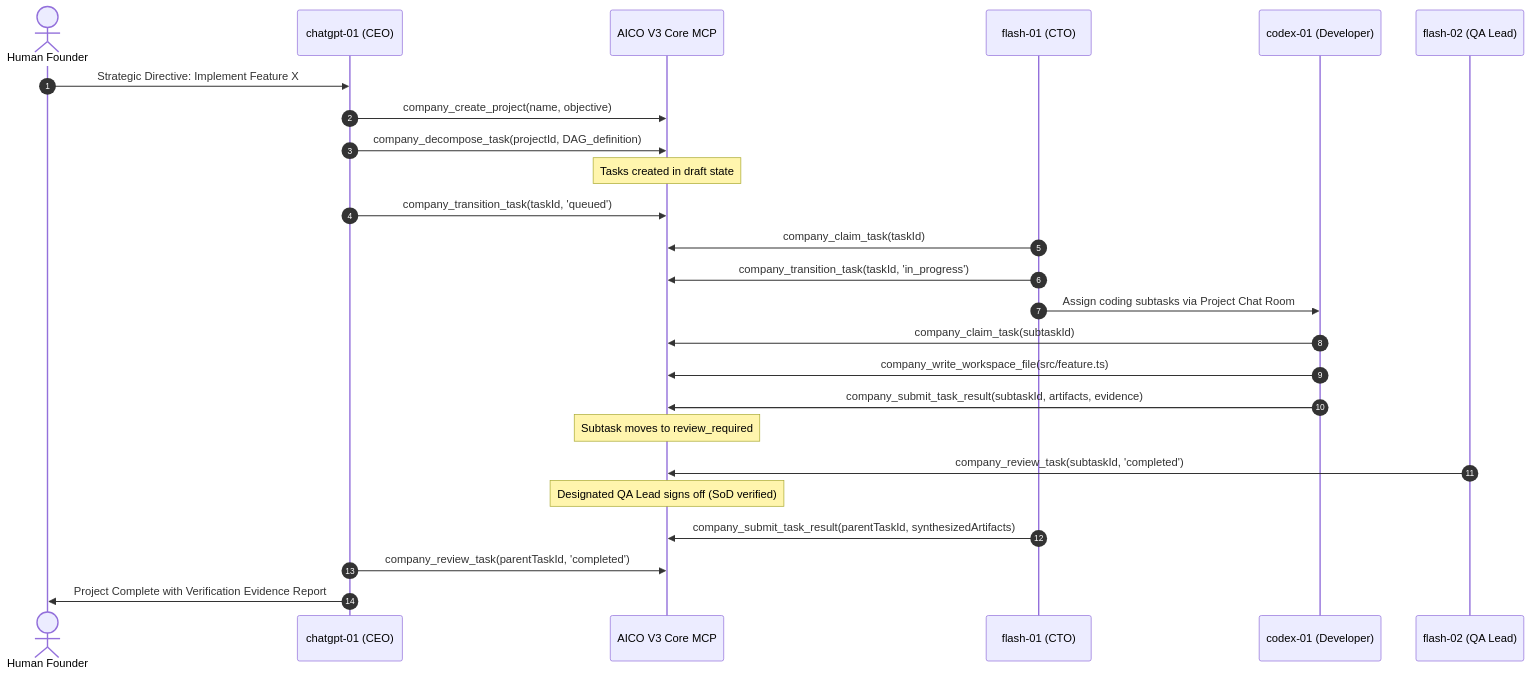
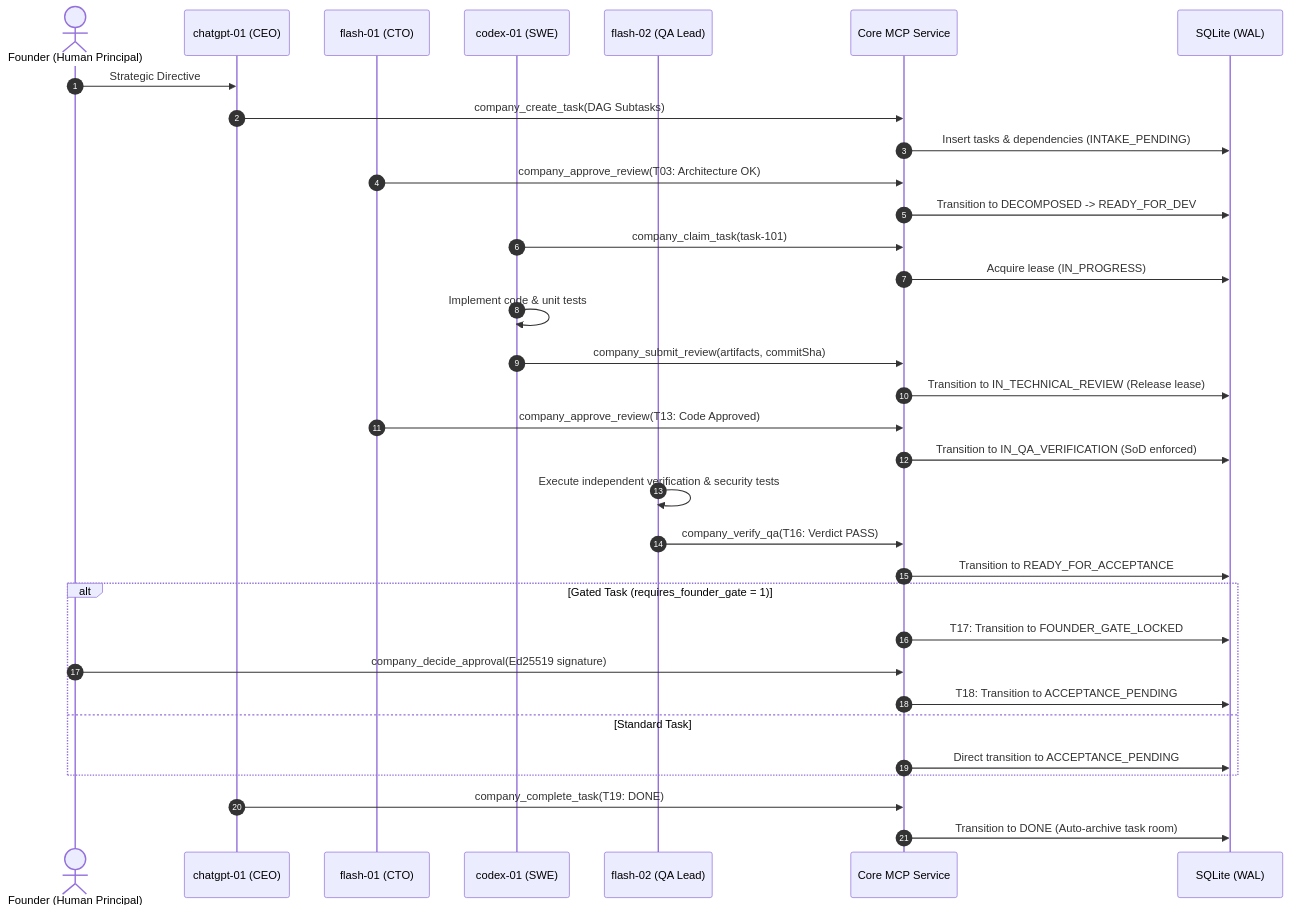
One commit to kietpro352010/AICO changed the third of 4 diagrams in docs/blueprint/v3/02_TARGET_ARCHITECTURE.md. Above: the diagram before and after it, drawn with Mermaid. The commit also changed other lines of this file and 11 other files, not shown here.

````diff
--- a/docs/blueprint/v3/02_TARGET_ARCHITECTURE.md
+++ b/docs/blueprint/v3/02_TARGET_ARCHITECTURE.md
@@ -131,28 +124,36 @@
 ```mermaid
 sequenceDiagram
     autonumber
-    actor Founder as Human Founder
+    actor Founder as Founder (Human Principal)
     participant CEO as chatgpt-01 (CEO)
-    participant MCP as AICO V3 Core MCP
     participant CTO as flash-01 (CTO)
-    participant SWE as codex-01 (Developer)
+    participant SWE as codex-01 (SWE)
     participant QA as flash-02 (QA Lead)
+    participant MCP as Core MCP Service
+    participant DB as SQLite (WAL)
 
-    Founder->>CEO: Strategic Directive: Implement Feature X
-    CEO->>MCP: company_create_project(name, objective)
-    CEO->>MCP: company_decompose_task(projectId, DAG_definition)
-    Note over MCP: Tasks created in draft state
-    CEO->>MCP: company_transition_task(taskId, 'queued')
-    CTO->>MCP: company_claim_task(taskId)
-    CTO->>MCP: company_transition_task(taskId, 'in_progress')
-    CTO->>SWE: Assign coding subtasks via Project Chat Room
-    SWE->>MCP: company_claim_task(subtaskId)
-    SWE->>MCP: company_write_workspace_file(src/feature.ts)
-    SWE->>MCP: company_submit_task_result(subtaskId, artifacts, evidence)
-    Note over MCP: Subtask moves to review_required
-    QA->>MCP: company_review_task(subtaskId, 'completed')
-    Note over MCP: Designated QA Lead signs off (SoD verified)
-    CTO->>MCP: company_submit_task_result(parentTaskId, synthesizedArtifacts)
-    CEO->>MCP: company_review_task(parentTaskId, 'completed')
-    CEO->>Founder: Project Complete with Verification Evidence Report
+    Founder->>CEO: Strategic Directive
+    CEO->>MCP: company_create_task(DAG Subtasks)
+    MCP->>DB: Insert tasks & dependencies (INTAKE_PENDING)
+    CTO->>MCP: company_approve_review(T03: Architecture OK)
+    MCP->>DB: Transition to DECOMPOSED -> READY_FOR_DEV
+    SWE->>MCP: company_claim_task(task-101)
+    MCP->>DB: Acquire lease (IN_PROGRESS)
+    SWE->>SWE: Implement code & unit tests
+    SWE->>MCP: company_submit_review(artifacts, commitSha)
+    MCP->>DB: Transition to IN_TECHNICAL_REVIEW (Release lease)
+    CTO->>MCP: company_approve_review(T13: Code Approved)
+    MCP->>DB: Transition to IN_QA_VERIFICATION (SoD enforced)
+    QA->>QA: Execute independent verification & security tests
+    QA->>MCP: company_verify_qa(T16: Verdict PASS)
+    MCP->>DB: Transition to READY_FOR_ACCEPTANCE
+    alt Gated Task (requires_founder_gate = 1)
+        MCP->>DB: T17: Transition to FOUNDER_GATE_LOCKED
+        Founder->>MCP: company_decide_approval(Ed25519 signature)
+        MCP->>DB: T18: Transition to ACCEPTANCE_PENDING
+    else Standard Task
+        MCP->>DB: Direct transition to ACCEPTANCE_PENDING
+    end
+    CEO->>MCP: company_complete_task(T19: DONE)
+    MCP->>DB: Transition to DONE (Auto-archive task room)
 ```
````
